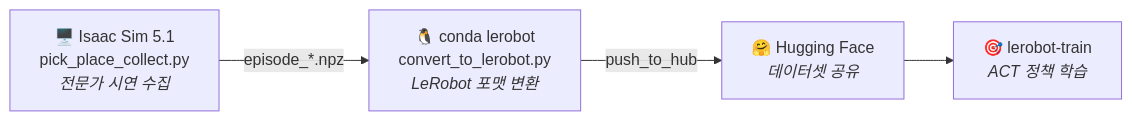
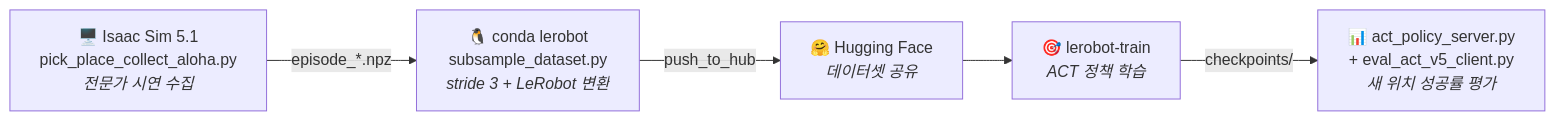
The diagram in README.md (jinjuuuuuu/pickplace), drawn with Mermaid before and after one commit. The commit also changed other lines of this file and 1 other file, not shown here.

Commit message:
README: rewrite for the v10 pipeline (scene_config, stride-3 conversion, decoupled eval); document the four root causes found; drop duplicated docker setup script (lives in docker-setting repo)

````diff
--- a/README.md
+++ b/README.md
@@ -24,11 +24,13 @@
 ```mermaid
 flowchart LR
-    A["🖥️ Isaac Sim 5.1<br/>pick_place_collect.py<br/><i>전문가 시연 수집</i>"]
-    B["🐧 conda lerobot<br/>convert_to_lerobot.py<br/><i>LeRobot 포맷 변환</i>"]
+    A["🖥️ Isaac Sim 5.1<br/>pick_place_collect_aloha.py<br/><i>전문가 시연 수집</i>"]
+    B["🐧 conda lerobot<br/>subsample_dataset.py<br/><i>stride 3 + LeRobot 변환</i>"]
     C["🤗 Hugging Face<br/><i>데이터셋 공유</i>"]
     D["🎯 lerobot-train<br/><i>ACT 정책 학습</i>"]
+    E["📊 act_policy_server.py<br/>+ eval_act_v5_client.py<br/><i>새 위치 성공률 평가</i>"]
 
     A -- "episode_*.npz" --> B
     B -- "push_to_hub" --> C
     C --> D
+    D -- "checkpoints/" --> E
 ```
````
